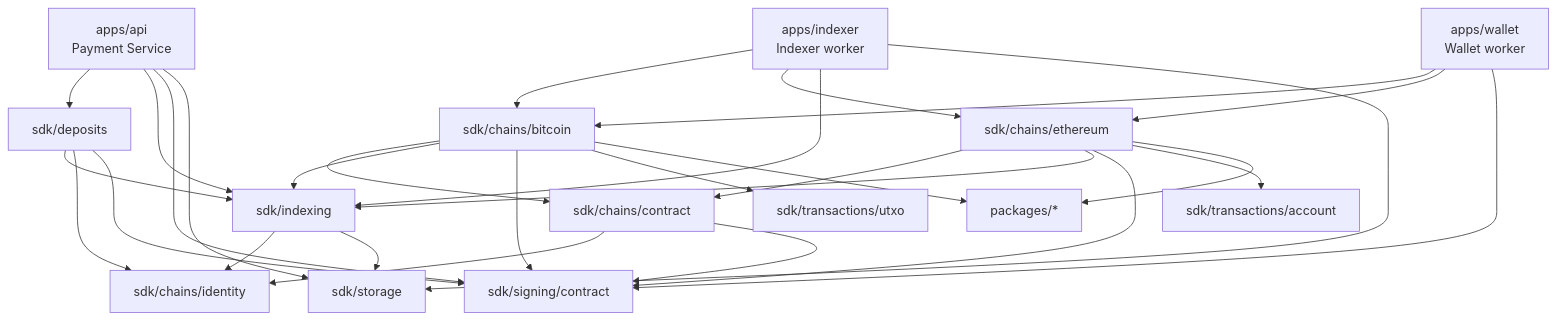
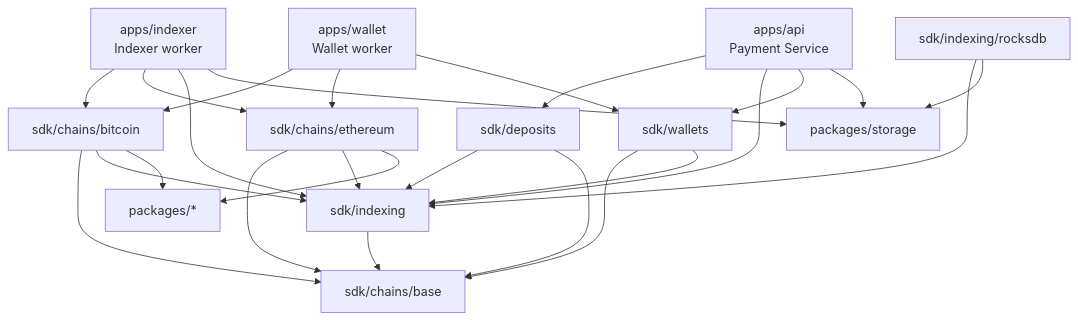
Before and after one commit to achiko/Payment-SDK: the first of 17 diagrams in docs/SYSTEM_REQUIREMENTS.md, drawn with Mermaid. The commit also changed other lines of this file and 545 other files, not shown here.

Commit message:
refactor payment sdk architecture

````diff
--- a/docs/SYSTEM_REQUIREMENTS.md
+++ b/docs/SYSTEM_REQUIREMENTS.md
@@ -92,52 +83,46 @@
 ```mermaid
 flowchart TB
     API[apps/api<br/>Payment Service]
     IXAPP[apps/indexer<br/>Indexer worker]
     WSAPP[apps/wallet<br/>Wallet worker]
 
     DEPOSITS[sdk/deposits]
     BTC[sdk/chains/bitcoin]
     ETH[sdk/chains/ethereum]
-    CHAIN_CONTRACT[sdk/chains/contract]
-    CHAIN_ID[sdk/chains/identity]
+    BASE[sdk/chains/base]
+    WALLETS[sdk/wallets]
     INDEXING[sdk/indexing]
-    SIGNING[sdk/signing/contract]
-    TX_UTXO[sdk/transactions/utxo]
-    TX_ACCOUNT[sdk/transactions/account]
-    STORAGE[sdk/storage]
+    IXROCKS[sdk/indexing/rocksdb]
+    STORAGE[packages/storage]
     PACKAGES[packages/*]
 
     API --> DEPOSITS
     API --> INDEXING
-    API --> SIGNING
+    API --> WALLETS
     API --> STORAGE
 
     IXAPP --> BTC
     IXAPP --> ETH
     IXAPP --> INDEXING
     IXAPP --> STORAGE
 
     WSAPP --> BTC
     WSAPP --> ETH
-    WSAPP --> SIGNING
+    WSAPP --> WALLETS
 
-    BTC --> CHAIN_CONTRACT
+    BTC --> BASE
     BTC --> INDEXING
-    BTC --> SIGNING
-    BTC --> TX_UTXO
     BTC --> PACKAGES
 
-    ETH --> CHAIN_CONTRACT
+    ETH --> BASE
     ETH --> INDEXING
-    ETH --> SIGNING
-    ETH --> TX_ACCOUNT
     ETH --> PACKAGES
 
     DEPOSITS --> INDEXING
-    DEPOSITS --> CHAIN_ID
-    DEPOSITS --> SIGNING
-    INDEXING --> CHAIN_ID
-    INDEXING --> STORAGE
-    CHAIN_CONTRACT --> CHAIN_ID
-    CHAIN_CONTRACT --> SIGNING
+    DEPOSITS --> BASE
+    INDEXING --> BASE
+    IXROCKS --> INDEXING
+    IXROCKS --> STORAGE
+    WALLETS --> BASE
+    WALLETS --> INDEXING
 ```
````
